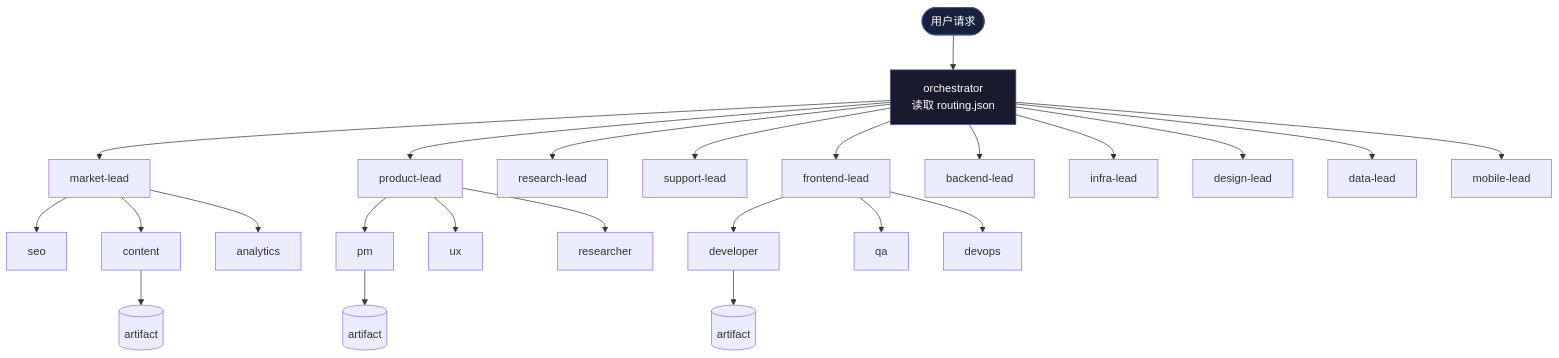
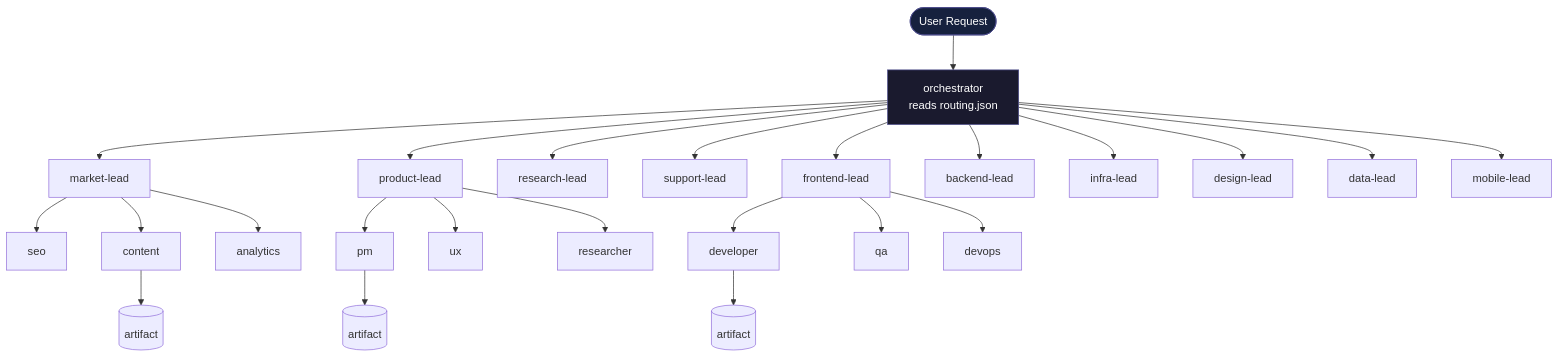
Before and after one commit to aurorie-co/AURORIE-TEAMS: the second of 2 diagrams in README.zh.md, drawn with Mermaid. The commit also changed other lines of this file, not shown here.

````diff
--- a/README.zh.md
+++ b/README.zh.md
@@ -36,33 +158,33 @@
 ```mermaid
 graph TD
-    U([用户请求]) --> O[orchestrator<br/>读取 routing.json]
+    U([User Request]) --> O[orchestrator<br/>reads routing.json]
     O --> ML[market-lead]
     O --> PL[product-lead]
     O --> RL[research-lead]
     O --> SL[support-lead]
     O --> FL[frontend-lead]
     O --> BL[backend-lead]
     O --> IL[infra-lead]
     O --> DL[design-lead]
     O --> DAL[data-lead]
     O --> MOL[mobile-lead]
 
     ML --> MS1[seo]
     ML --> MS2[content]
     ML --> MS3[analytics]
 
     PL --> PS1[pm]
     PL --> PS2[ux]
     PL --> PS3[researcher]
 
     FL --> FS1[developer]
     FL --> FS2[qa]
     FL --> FS3[devops]
 
     MS2 --> A1[(artifact)]
     PS1 --> A2[(artifact)]
     FS1 --> A3[(artifact)]
 
     style O fill:#1a1a2e,color:#fff,stroke:#4a4a8a
     style U fill:#16213e,color:#fff,stroke:#4a4a8a
 ```
````
